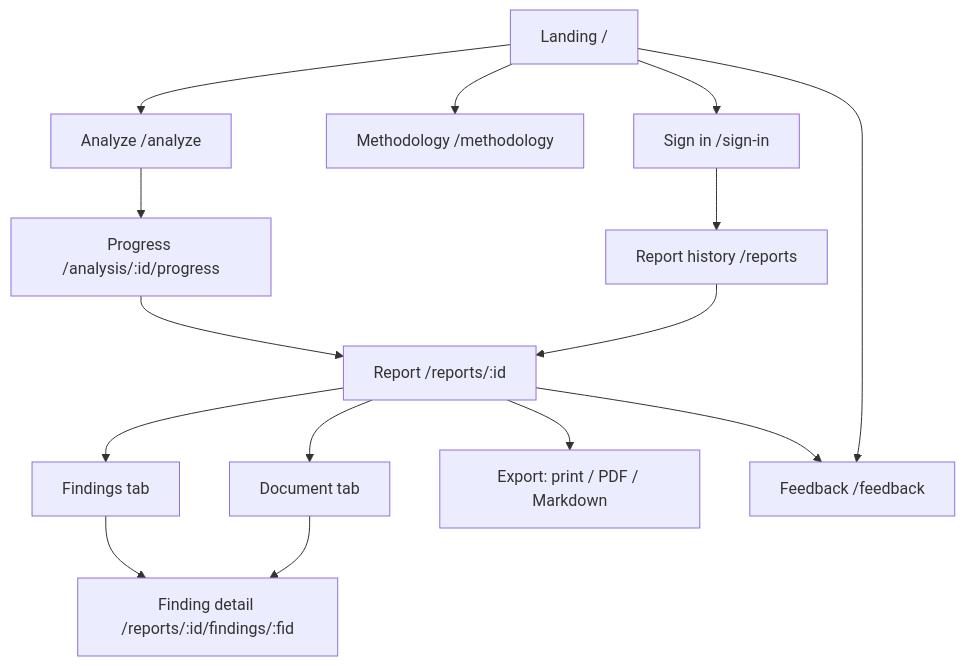
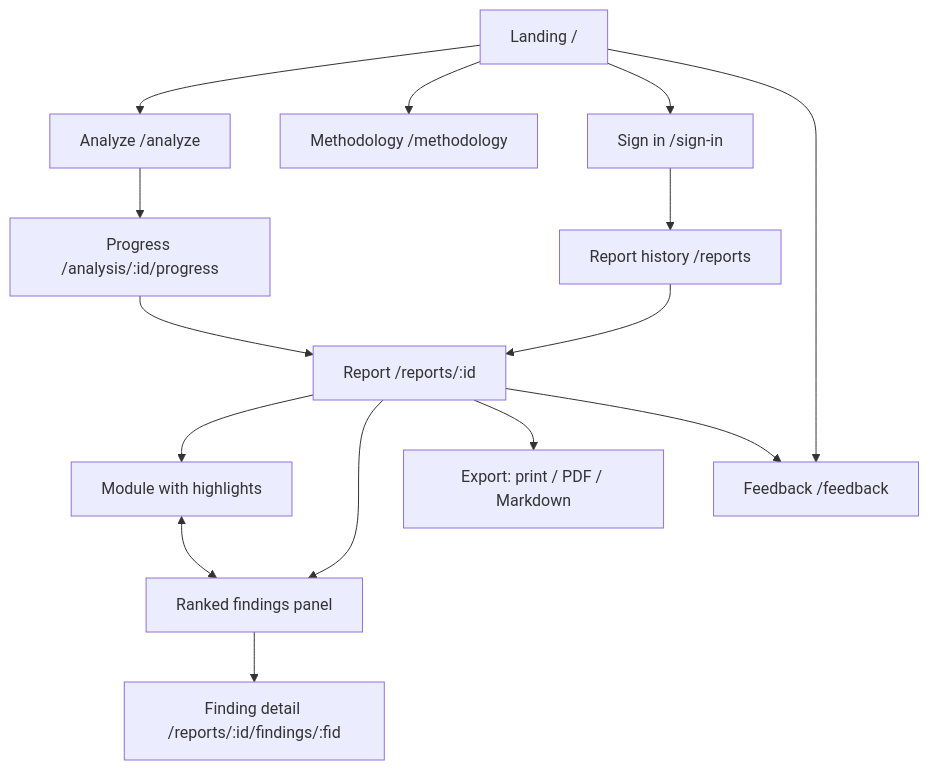
Before and after one commit to educ-jkescritor/GroundEd: the diagram in docs/ux/information-architecture.md, drawn with Mermaid. The commit also changed other lines of this file and 2 other files, not shown here.

Commit message:
Report layout: module and ranked findings side by side (replaces tabs)

````diff
--- a/docs/ux/information-architecture.md
+++ b/docs/ux/information-architecture.md
@@ -17,17 +17,17 @@
 ```mermaid
 flowchart TD
     L[Landing /] --> A[Analyze /analyze]
     L --> M[Methodology /methodology]
     L --> S[Sign in /sign-in]
     A --> P[Progress /analysis/:id/progress]
     P --> R[Report /reports/:id]
-    R --> RF[Findings tab]
-    R --> RD[Document tab]
+    R --> RM[Module with highlights]
+    R --> RF[Ranked findings panel]
+    RM <--> RF
     RF --> FD[Finding detail /reports/:id/findings/:fid]
-    RD --> FD
     R --> X[Export: print / PDF / Markdown]
     R --> F[Feedback /feedback]
     S --> H[Report history /reports]
     H --> R
     L --> F
 ```
````
